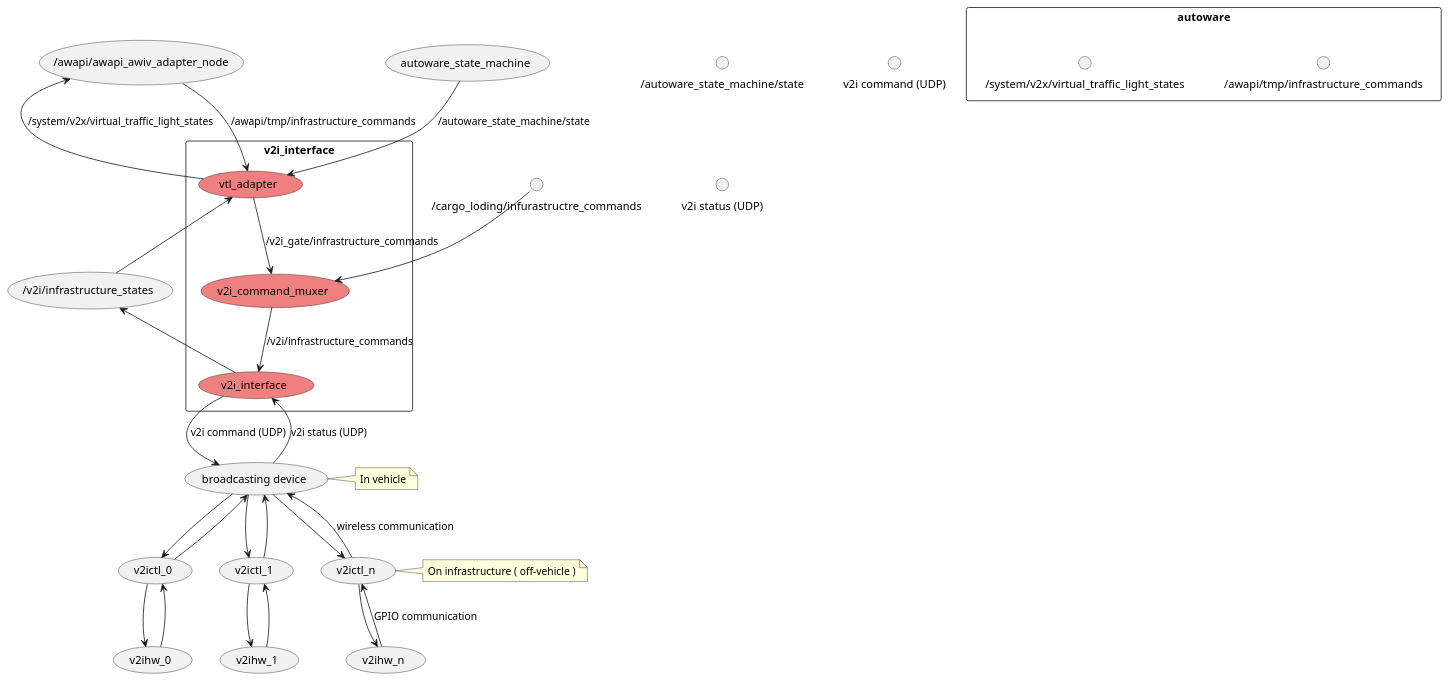
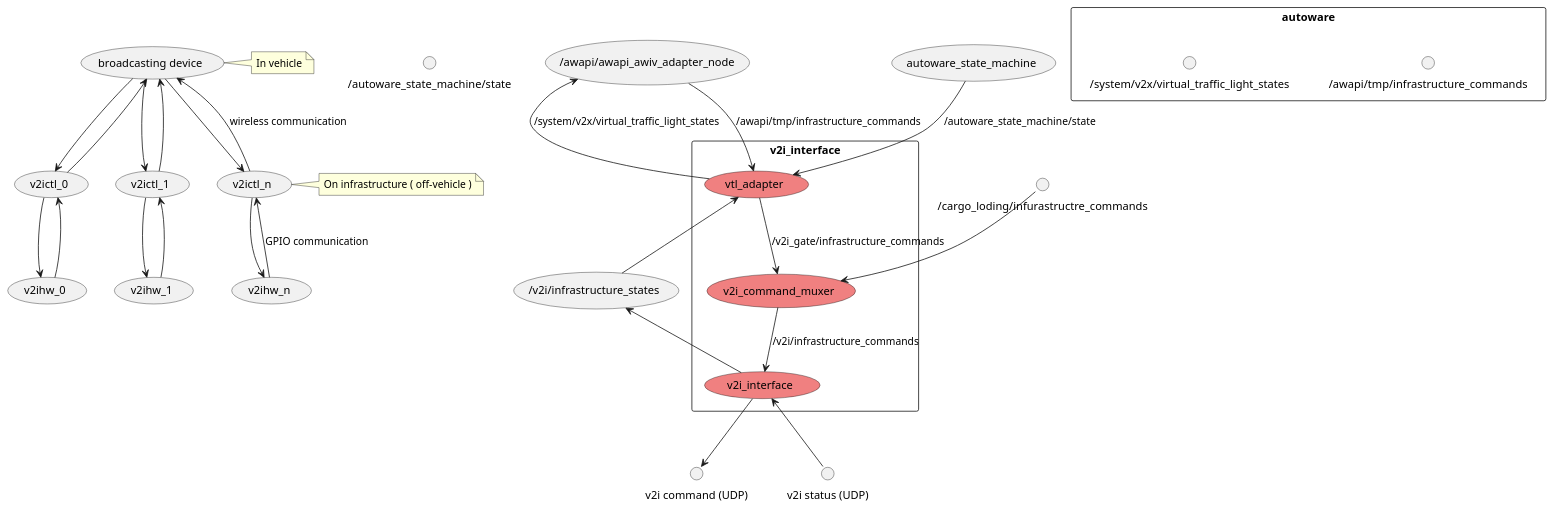
The diagram in docs/node_graph_internal_spec.pu (sfukuta/v2i_interface), drawn with PlantUML before and after one commit.

```diff
--- a/docs/node_graph_internal_spec.pu
+++ b/docs/node_graph_internal_spec.pu
@@ -1,47 +1,47 @@
 @startuml
 
 rectangle autoware {
   interface "/awapi/tmp/infrastructure_commands"
   interface "/system/v2x/virtual_traffic_light_states"
 }
 interface "/autoware_state_machine/state"
 rectangle "v2i_interface" as v2i {
   usecase "v2i_interface" #LightCoral
   usecase "v2i_command_muxer" #LightCoral
   usecase "vtl_adapter" #LightCoral
 } 
 interface "v2i command (UDP)" as v2i_command_udp
 interface "v2i status (UDP)" as v2i_status_udp
 interface "/cargo_loding/infurastructre_commands"
 
 (/awapi/awapi_awiv_adapter_node) --> (vtl_adapter) : /awapi/tmp/infrastructure_commands
 (/awapi/awapi_awiv_adapter_node) <-- (vtl_adapter) : /system/v2x/virtual_traffic_light_states
 (autoware_state_machine) --> (vtl_adapter) : /autoware_state_machine/state
 (/cargo_loding/infurastructre_commands) --> (v2i_command_muxer)
 (vtl_adapter) --> (v2i_command_muxer) : /v2i_gate/infrastructure_commands
 (v2i_command_muxer) --> (v2i_interface) : /v2i/infrastructure_commands
 (vtl_adapter) <-- (/v2i/infrastructure_states)
 (/v2i/infrastructure_states) <-- (v2i_interface)
-(v2i_interface) --> (broadcasting device) : v2i command (UDP)
-(v2i_interface) <-- (broadcasting device) : v2i status (UDP)
+(v2i_interface) --> (v2i_command_udp)
+(v2i_interface) <-- (v2i_status_udp)
 (broadcasting device) --> (v2ictl_0)
 (broadcasting device) <-- (v2ictl_0)
 (broadcasting device) --> (v2ictl_1)
 (broadcasting device) <-- (v2ictl_1)
 (broadcasting device) --> (v2ictl_n)
 (broadcasting device) <-- (v2ictl_n) : wireless communication
 
 (v2ictl_0) -[hidden] (v2ictl_1)
 (v2ictl_1) -[hidden] (v2ictl_n)
 
 (v2ictl_0) --> (v2ihw_0)
 (v2ictl_0) <-- (v2ihw_0)
 (v2ictl_1) --> (v2ihw_1)
 (v2ictl_1) <-- (v2ihw_1)
 (v2ictl_n) --> (v2ihw_n)
 (v2ictl_n) <-- (v2ihw_n) : GPIO communication
 
 note right of "broadcasting device" : In vehicle
 note right of v2ictl_n : On infrastructure ( off-vehicle )
 
 @enduml
```
